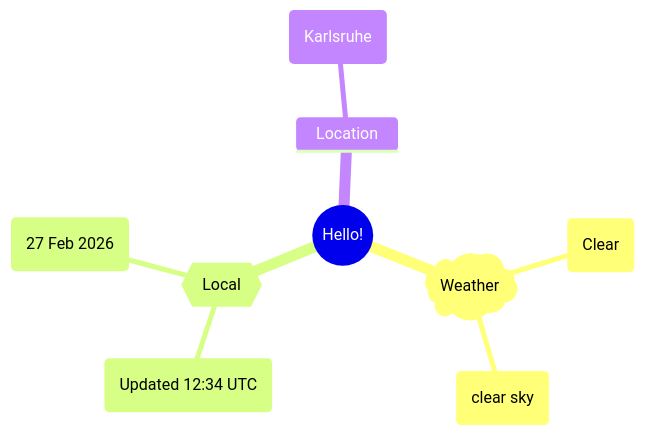
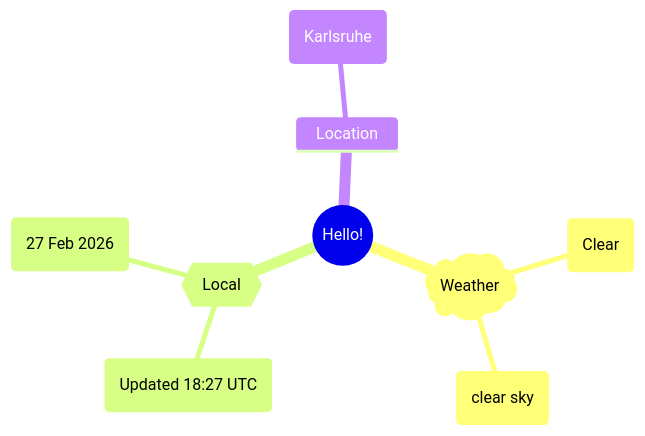
The first of 2 diagrams in README.md (Xosrov/Xosrov), drawn with Mermaid before and after one commit.

Commit message:
[bot] updated images

````diff
--- a/README.md
+++ b/README.md
@@ -3,12 +3,12 @@
 ```mermaid
 mindmap
   root((Hello!))
     )Weather(
         (Clear)
         (clear sky)
     {{Local}}
-        (Updated 12:34 UTC)
+        (Updated 18:27 UTC)
         (27 Feb 2026)
     Location
         (Karlsruhe)
 ```
````
